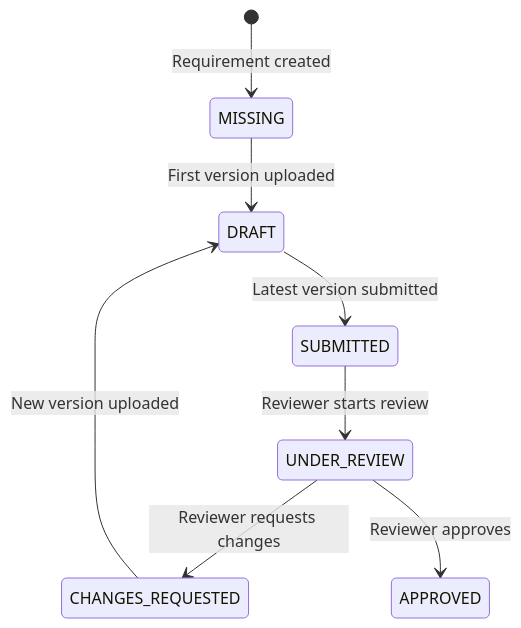
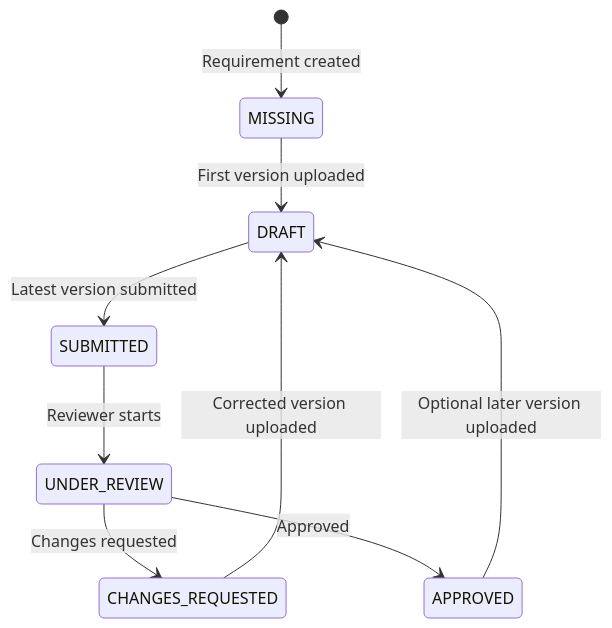
One commit to zerolight59/verdant-document-hub changed the third of 3 diagrams in docs/CODEBASE_GUIDE.md. Above: the diagram before and after it, drawn with Mermaid. The commit also changed other lines of this file and 157 other files, not shown here.

Commit message:
Build maintainable PostgreSQL product architecture

````diff
--- a/docs/CODEBASE_GUIDE.md
+++ b/docs/CODEBASE_GUIDE.md
@@ -236,10 +270,11 @@
 ```mermaid
 stateDiagram-v2
     [*] --> MISSING: Requirement created
     MISSING --> DRAFT: First version uploaded
-    CHANGES_REQUESTED --> DRAFT: New version uploaded
+    APPROVED --> DRAFT: Optional later version uploaded
+    CHANGES_REQUESTED --> DRAFT: Corrected version uploaded
     DRAFT --> SUBMITTED: Latest version submitted
-    SUBMITTED --> UNDER_REVIEW: Reviewer starts review
-    UNDER_REVIEW --> CHANGES_REQUESTED: Reviewer requests changes
-    UNDER_REVIEW --> APPROVED: Reviewer approves
+    SUBMITTED --> UNDER_REVIEW: Reviewer starts
+    UNDER_REVIEW --> CHANGES_REQUESTED: Changes requested
+    UNDER_REVIEW --> APPROVED: Approved
 ```
````
